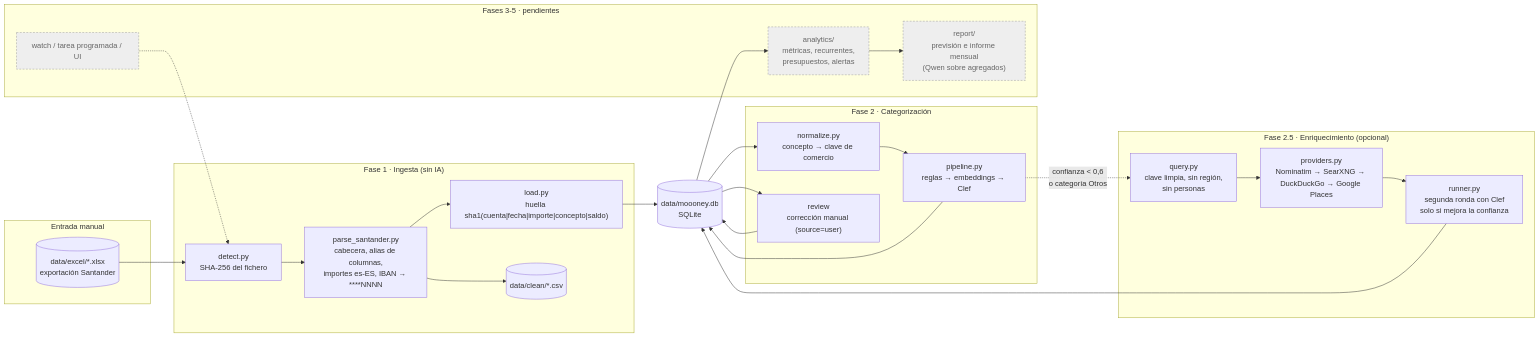
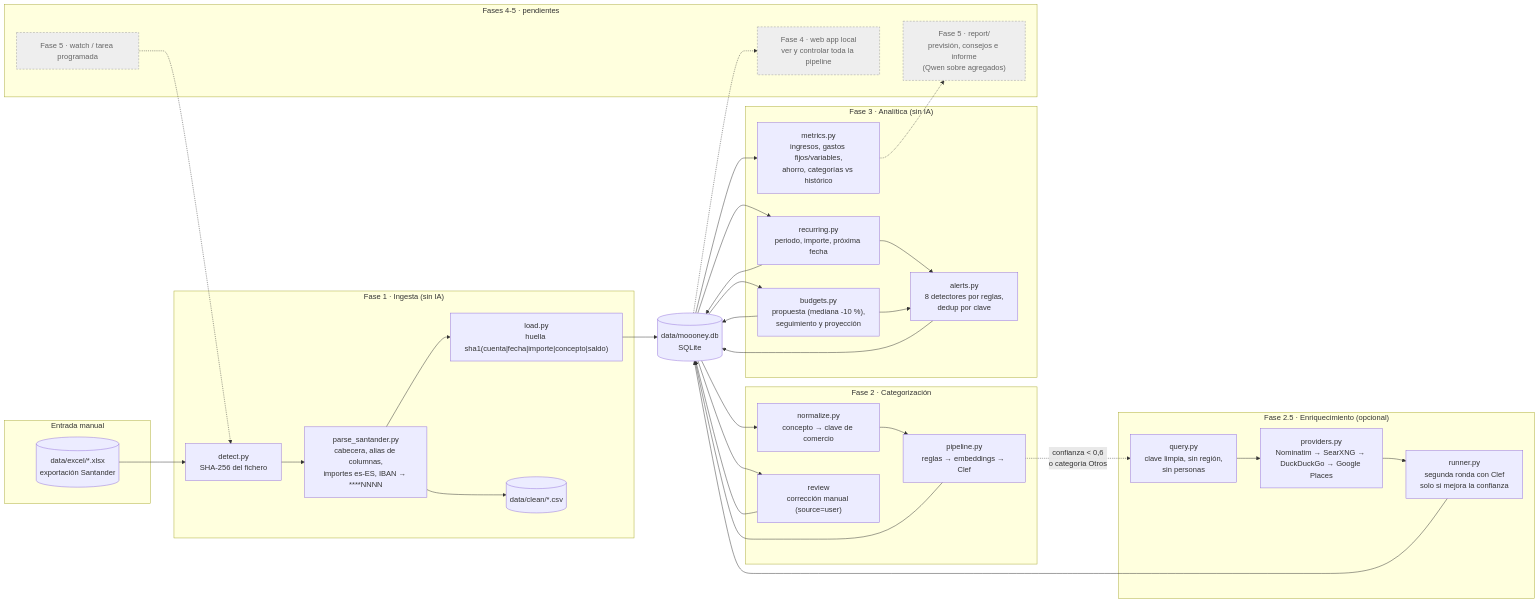
One commit to scavero/moooney changed the first of 4 diagrams in docs/ARQUITECTURA.md. Above: the diagram before and after it, drawn with Mermaid. The commit also changed other lines of this file and 15 other files, not shown here.

First line of the commit message:
feat: fase 3, analitica determinista (metricas, recurrentes, presupuestos, alertas)

````diff
--- a/docs/ARQUITECTURA.md
+++ b/docs/ARQUITECTURA.md
@@ -12,44 +12,57 @@
 ```mermaid
 flowchart LR
     subgraph entrada["Entrada manual"]
         XLSX[("data/excel/*.xlsx<br/>exportación Santander")]
     end
 
     subgraph f1["Fase 1 · Ingesta (sin IA)"]
         DETECT["detect.py<br/>SHA-256 del fichero"]
         PARSE["parse_santander.py<br/>cabecera, alias de columnas,<br/>importes es-ES, IBAN → ****NNNN"]
         LOAD["load.py<br/>huella sha1(cuenta|fecha|importe|concepto|saldo)"]
         CSV[("data/clean/*.csv")]
     end
 
     subgraph f2["Fase 2 · Categorización"]
         NORM["normalize.py<br/>concepto → clave de comercio"]
         CASCADE["pipeline.py<br/>reglas → embeddings → Clef"]
         REVIEW["review<br/>corrección manual (source=user)"]
     end
 
     subgraph f25["Fase 2.5 · Enriquecimiento (opcional)"]
         QUERY["query.py<br/>clave limpia, sin región,<br/>sin personas"]
         PROV["providers.py<br/>Nominatim → SearXNG → DuckDuckGo → Google Places"]
         ROUND2["runner.py<br/>segunda ronda con Clef<br/>solo si mejora la confianza"]
     end
 
-    subgraph f3["Fases 3-5 · pendientes"]
-        METRICS["analytics/<br/>métricas, recurrentes,<br/>presupuestos, alertas"]:::todo
-        REPORT["report/<br/>previsión e informe mensual<br/>(Qwen sobre agregados)"]:::todo
-        WATCH["watch / tarea programada / UI"]:::todo
+    subgraph f3["Fase 3 · Analítica (sin IA)"]
+        RECUR["recurring.py<br/>periodo, importe, próxima fecha"]
+        METRICS["metrics.py<br/>ingresos, gastos fijos/variables,<br/>ahorro, categorías vs histórico"]
+        BUDGET["budgets.py<br/>propuesta (mediana -10 %),<br/>seguimiento y proyección"]
+        ALERTS["alerts.py<br/>8 detectores por reglas,<br/>dedup por clave"]
+    end
+
+    subgraph f45["Fases 4-5 · pendientes"]
+        GUI["Fase 4 · web app local<br/>ver y controlar toda la pipeline"]:::todo
+        REPORT["Fase 5 · report/<br/>previsión, consejos e informe<br/>(Qwen sobre agregados)"]:::todo
+        WATCH["Fase 5 · watch / tarea programada"]:::todo
     end
 
     DB[("data/moooney.db<br/>SQLite")]
 
     XLSX --> DETECT --> PARSE --> LOAD
     PARSE --> CSV
     LOAD --> DB
     DB --> NORM --> CASCADE --> DB
     DB --> REVIEW --> DB
     CASCADE -. "confianza < 0,6<br/>o categoría Otros" .-> QUERY --> PROV --> ROUND2 --> DB
-    DB --> METRICS --> REPORT
+    DB --> RECUR --> DB
+    DB --> METRICS
+    DB --> BUDGET --> DB
+    RECUR --> ALERTS
+    BUDGET --> ALERTS --> DB
+    DB -.-> GUI
+    METRICS -.-> REPORT
     WATCH -.-> DETECT
 
     classDef todo fill:#eee,stroke:#999,color:#666,stroke-dasharray: 4 3
 ```
````
